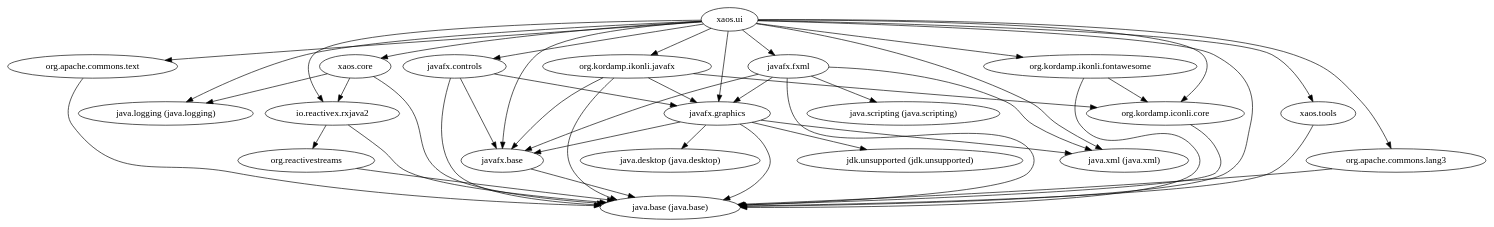
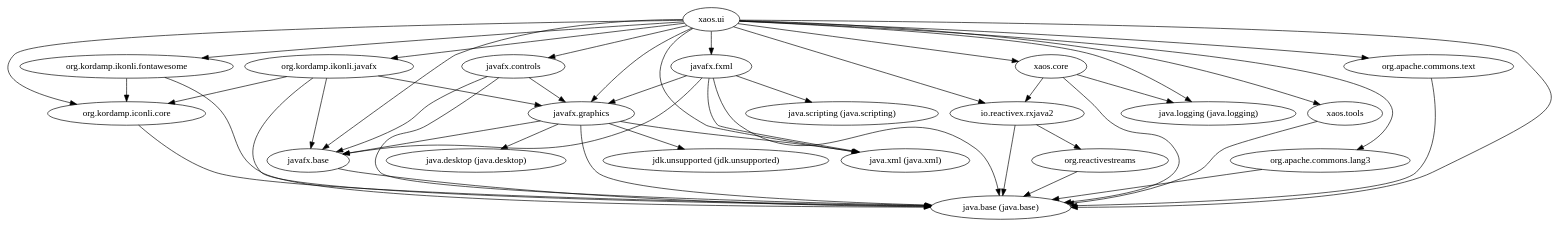
The diagram in xaos.ui.module/doc/module-dependencies.dot (ESSICS/XAOS), drawn with Graphviz before and after one commit. The commit also changed other lines of this file and 31 other files, not shown here.

```diff
--- a/xaos.ui.module/doc/module-dependencies.dot
+++ b/xaos.ui.module/doc/module-dependencies.dot
@@ -1,47 +1,47 @@
 digraph "summary" {
-  "org.kordamp.ikonli.javafx"                        -> "java.base (java.base)";
-  "org.kordamp.ikonli.javafx"                        -> "javafx.base";
-  "org.kordamp.ikonli.javafx"                        -> "javafx.graphics";
-  "org.kordamp.ikonli.javafx"                        -> "org.kordamp.iconli.core";
-  "xaos.core"                                        -> "io.reactivex.rxjava2";
-  "xaos.core"                                        -> "java.base (java.base)";
-  "xaos.core"                                        -> "java.logging (java.logging)";
-  "org.reactivestreams"                              -> "java.base (java.base)";
-  "javafx.base"                                      -> "java.base (java.base)";
-  "xaos.tools"                                       -> "java.base (java.base)";
   "javafx.graphics"                                  -> "java.base (java.base)";
   "javafx.graphics"                                  -> "java.desktop (java.desktop)";
   "javafx.graphics"                                  -> "java.xml (java.xml)";
   "javafx.graphics"                                  -> "javafx.base";
   "javafx.graphics"                                  -> "jdk.unsupported (jdk.unsupported)";
   "javafx.controls"                                  -> "java.base (java.base)";
   "javafx.controls"                                  -> "javafx.base";
   "javafx.controls"                                  -> "javafx.graphics";
+  "org.kordamp.ikonli.fontawesome"                   -> "java.base (java.base)";
+  "org.kordamp.ikonli.fontawesome"                   -> "org.kordamp.iconli.core";
+  "javafx.base"                                      -> "java.base (java.base)";
+  "xaos.core"                                        -> "io.reactivex.rxjava2";
+  "xaos.core"                                        -> "java.base (java.base)";
+  "xaos.core"                                        -> "java.logging (java.logging)";
+  "org.reactivestreams"                              -> "java.base (java.base)";
+  "org.kordamp.ikonli.javafx"                        -> "java.base (java.base)";
+  "org.kordamp.ikonli.javafx"                        -> "javafx.base";
+  "org.kordamp.ikonli.javafx"                        -> "javafx.graphics";
+  "org.kordamp.ikonli.javafx"                        -> "org.kordamp.iconli.core";
+  "xaos.tools"                                       -> "java.base (java.base)";
   "org.apache.commons.lang3"                         -> "java.base (java.base)";
   "org.apache.commons.text"                          -> "java.base (java.base)";
-  "org.kordamp.ikonli.fontawesome"                   -> "java.base (java.base)";
-  "org.kordamp.ikonli.fontawesome"                   -> "org.kordamp.iconli.core";
+  "org.kordamp.iconli.core"                          -> "java.base (java.base)";
+  "javafx.fxml"                                      -> "java.base (java.base)";
+  "javafx.fxml"                                      -> "java.scripting (java.scripting)";
+  "javafx.fxml"                                      -> "java.xml (java.xml)";
+  "javafx.fxml"                                      -> "javafx.base";
+  "javafx.fxml"                                      -> "javafx.graphics";
   "xaos.ui"                                          -> "io.reactivex.rxjava2";
   "xaos.ui"                                          -> "java.base (java.base)";
   "xaos.ui"                                          -> "java.logging (java.logging)";
   "xaos.ui"                                          -> "java.xml (java.xml)";
   "xaos.ui"                                          -> "javafx.base";
   "xaos.ui"                                          -> "javafx.controls";
   "xaos.ui"                                          -> "javafx.fxml";
   "xaos.ui"                                          -> "javafx.graphics";
   "xaos.ui"                                          -> "org.apache.commons.lang3";
   "xaos.ui"                                          -> "org.apache.commons.text";
   "xaos.ui"                                          -> "org.kordamp.iconli.core";
   "xaos.ui"                                          -> "org.kordamp.ikonli.fontawesome";
   "xaos.ui"                                          -> "org.kordamp.ikonli.javafx";
   "xaos.ui"                                          -> "xaos.core";
   "xaos.ui"                                          -> "xaos.tools";
   "io.reactivex.rxjava2"                             -> "java.base (java.base)";
   "io.reactivex.rxjava2"                             -> "org.reactivestreams";
-  "javafx.fxml"                                      -> "java.base (java.base)";
-  "javafx.fxml"                                      -> "java.scripting (java.scripting)";
-  "javafx.fxml"                                      -> "java.xml (java.xml)";
-  "javafx.fxml"                                      -> "javafx.base";
-  "javafx.fxml"                                      -> "javafx.graphics";
-  "org.kordamp.iconli.core"                          -> "java.base (java.base)";
 }
```
